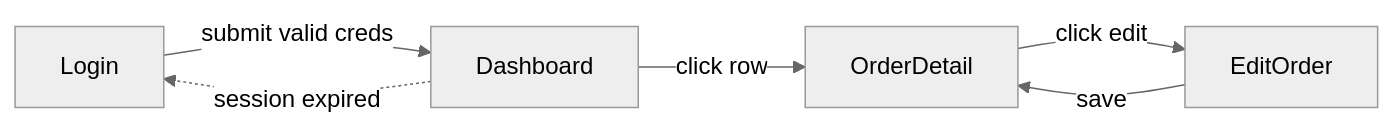
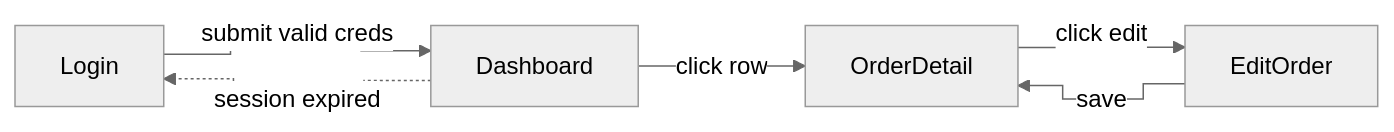
The first of 2 diagrams in write-a-prd/SKILL.md (annguyenwasd/skills), drawn with Mermaid (neutral theme) before and after one commit. The commit also changed other lines of this file and 3 other files, not shown here.

````diff
--- a/write-a-prd/SKILL.md
+++ b/write-a-prd/SKILL.md
@@ -175,8 +175,9 @@
 ```mermaid
+%%{init: {'flowchart': {'curve': 'step'}}}%%
 flowchart LR
   Login -->|"submit valid creds"| Dashboard
   Dashboard -->|"click row"| OrderDetail
   OrderDetail -->|"click edit"| EditOrder
   EditOrder -->|"save"| OrderDetail
   Dashboard -.->|"session expired"| Login
 ```
````
